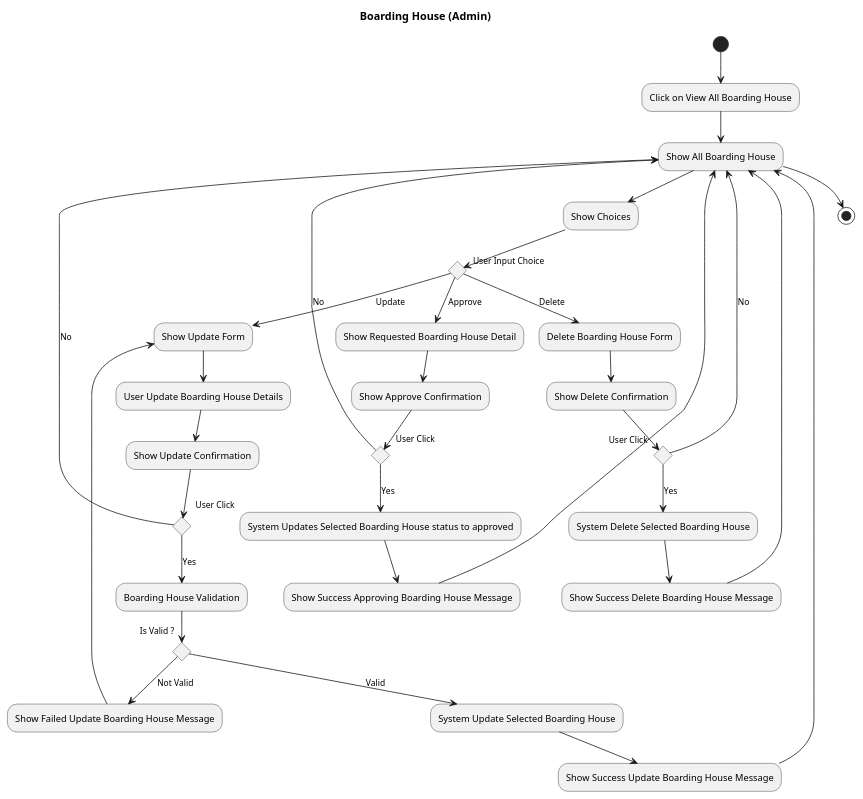
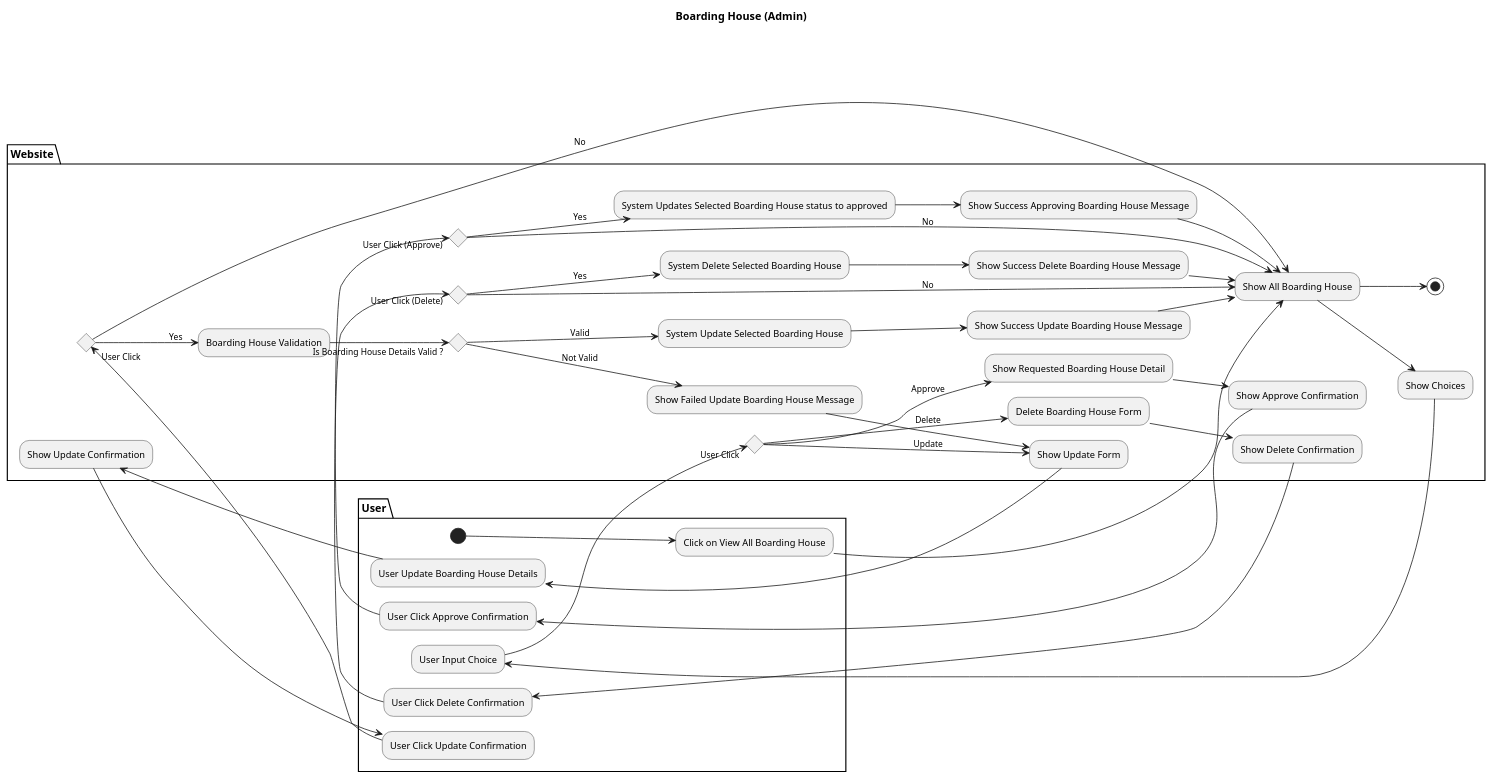
Before and after one commit to AntWort21/BHFMS: the diagram in Design/BHFMS_ACTIVITY/Boarding House (Admin).puml, drawn with PlantUML. The commit also changed 6 other files, not shown here.

Commit message:
Updated Use Case Diagram + Start of Sequence

```diff
--- a/Design/BHFMS_ACTIVITY/Boarding House (Admin).puml
+++ b/Design/BHFMS_ACTIVITY/Boarding House (Admin).puml
@@ -1,49 +1,79 @@
 @startuml
+
+left to right direction
+
 title Boarding House (Admin)
-
+partition User {
 (*)  --> "Click on View All Boarding House"
+}
+partition Website {
 --> "Show All Boarding House"
 -->"Show Choices"
-If "User Input Choice" then
+}
+partition User {
+--> "User Input Choice"
+}
+partition Website {
+If "User Click" then
+
 --> [Approve] "Show Requested Boarding House Detail"
 --> "Show Approve Confirmation"
-    If "User Click" then
+}
+partition User {
+--> "User Click Approve Confirmation"
+}
+partition Website {
+    If "User Click (Approve)" then
     --> [Yes] "System Updates Selected Boarding House status to approved"
     --> "Show Success Approving Boarding House Message"
     --> "Show All Boarding House"
     else
     --> [No] "Show All Boarding House"
     Endif
 
 else
 --> [Delete] "Delete Boarding House Form"
 --> "Show Delete Confirmation"
-    If "User Click" then
+}
+partition User {
+--> "User Click Delete Confirmation"
+}
+partition Website {
+    If "User Click (Delete)" then
     --> [Yes] "System Delete Selected Boarding House"
     --> "Show Success Delete Boarding House Message"
     --> "Show All Boarding House"
     else
     --> [No] "Show All Boarding House"
     Endif
 
 else
 --> [Update] "Show Update Form"
+}
+partition User {
 --> "User Update Boarding House Details"
+}
+partition Website {
 --> "Show Update Confirmation"
+}
+partition User {
+--> "User Click Update Confirmation"
+}
+partition Website {
     If "User Click" then
     --> [Yes] "Boarding House Validation"
-        If "Is Valid ?" then
+        If "Is Boarding House Details Valid ?" then
         --> [Valid] "System Update Selected Boarding House"
         --> "Show Success Update Boarding House Message"
         --> "Show All Boarding House"
         else
         --> [Not Valid] "Show Failed Update Boarding House Message"
         --> "Show Update Form"
         Endif
     else
     --> [No] "Show All Boarding House"
     Endif
 Endif
-
 -->(*)
+}
 @enduml
```
